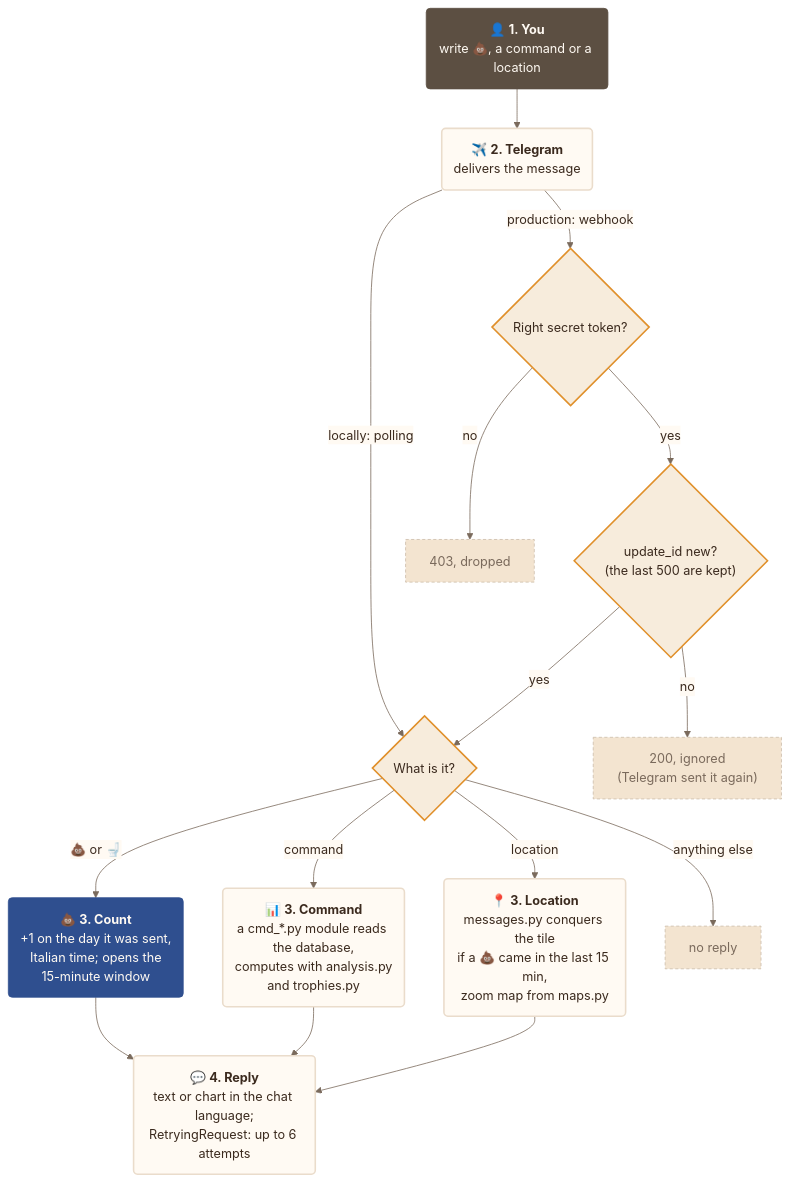
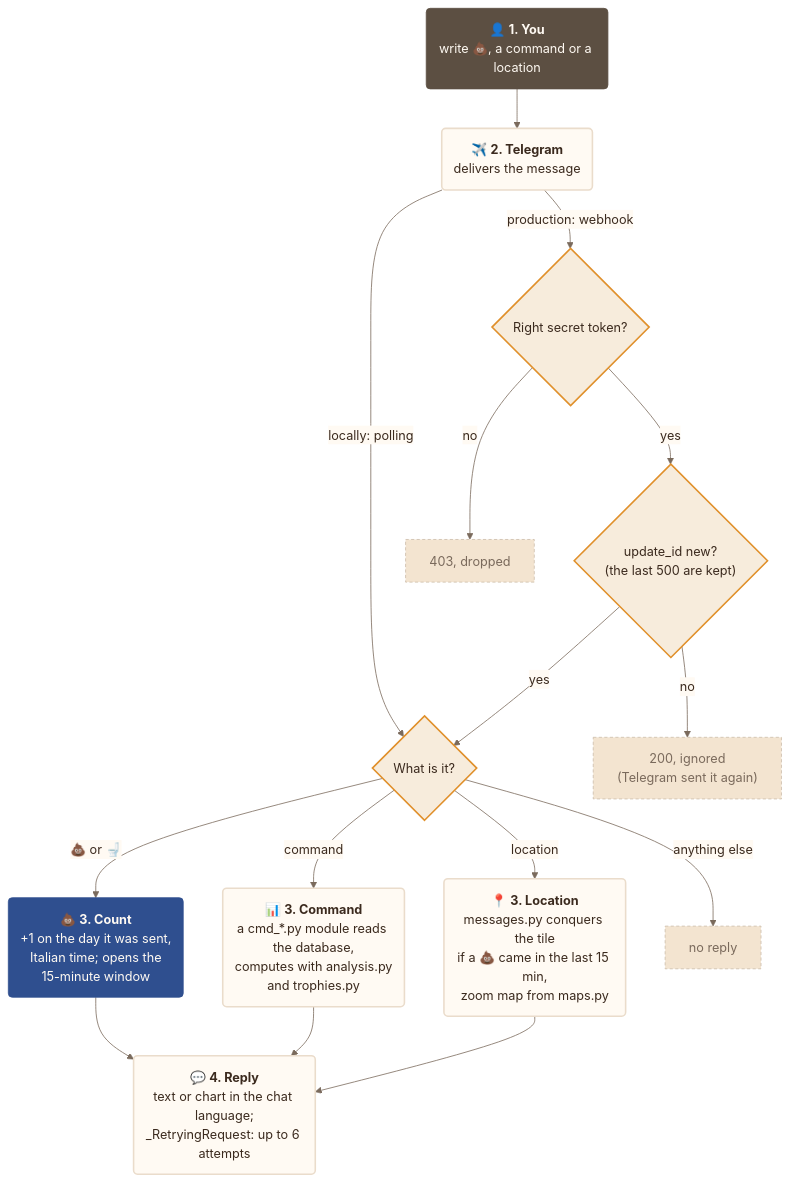
The fourth of 8 diagrams in docs/architecture.md (francescoperrino/Caccometro), drawn with Mermaid before and after one commit. The commit also changed other lines of this file and 36 other files, not shown here.

````diff
--- a/docs/architecture.md
+++ b/docs/architecture.md
@@ -364,72 +364,72 @@
 ```mermaid
 ---
 config:
   theme: base
   themeVariables:
     fontFamily: "Nunito, Segoe UI, Roboto, sans-serif"
     primaryColor: "#fffaf3"
     primaryTextColor: "#3b2a1e"
     primaryBorderColor: "#eadccb"
     secondaryColor: "#f7ecdc"
     tertiaryColor: "#f3e4d0"
     lineColor: "#7a6a5c"
     textColor: "#3b2a1e"
     edgeLabelBackground: "#fffaf3"
     clusterBkg: "#f3e4d0"
     clusterBorder: "#cbbca9"
     titleColor: "#5c4f42"
     noteBkgColor: "#f7ecdc"
     noteTextColor: "#3b2a1e"
     actorBkg: "#fffaf3"
     actorBorder: "#5c4f42"
     actorTextColor: "#3b2a1e"
     signalColor: "#7a6a5c"
     signalTextColor: "#3b2a1e"
     labelBoxBkgColor: "#f3e4d0"
     loopTextColor: "#3b2a1e"
     sequenceNumberColor: "#fffaf3"
     xyChart:
       plotColorPalette: "#2f4f8f"
 ---
 flowchart TD
     accTitle: Path of a message
     accDescr: From Telegram to the reply, secret token, duplicate check, then a count, a command or a location
     you("👤 <b>1. You</b><br/>write 💩, a command or a location")
     tg("✈️ <b>2. Telegram</b><br/>delivers the message")
     secret{"Right secret token?"}
     seen{"update_id new?<br/>(the last 500 are kept)"}
     kind{"What is it?"}
     poop("💩 <b>3. Count</b><br/>+1 on the day it was sent,<br/>Italian time; opens the<br/>15-minute window")
     cmd("📊 <b>3. Command</b><br/>a cmd_*.py module reads the database,<br/>computes with analysis.py<br/>and trophies.py")
     loc("📍 <b>3. Location</b><br/>messages.py conquers the tile<br/>if a 💩 came in the last 15 min,<br/>zoom map from maps.py")
-    reply("💬 <b>4. Reply</b><br/>text or chart in the chat language;<br/>RetryingRequest: up to 6 attempts")
+    reply("💬 <b>4. Reply</b><br/>text or chart in the chat language;<br/>_RetryingRequest: up to 6 attempts")
     r403["403, dropped"]
     r200["200, ignored<br/>(Telegram sent it again)"]
     silent["no reply"]
     you --> tg
     tg -->|"production: webhook"| secret
     tg -->|"locally: polling"| kind
     secret -->|"no"| r403
     secret -->|"yes"| seen
     seen -->|"no"| r200
     seen -->|"yes"| kind
     kind -->|"💩 or 🚽"| poop
     kind -->|"command"| cmd
     kind -->|"location"| loc
     kind -->|"anything else"| silent
     poop --> reply
     cmd --> reply
     loc --> reply
     classDef step fill:#fffaf3,stroke:#eadccb,stroke-width:2px,color:#3b2a1e
     classDef main fill:#2f4f8f,stroke:#2f4f8f,color:#fffaf3
     classDef person fill:#5c4f42,stroke:#5c4f42,color:#fffaf3
     classDef check fill:#f7ecdc,stroke:#e0902b,stroke-width:2px,color:#3b2a1e
     classDef detail fill:#f7ecdc,stroke:#eadccb,color:#3b2a1e
     classDef alert fill:#e0902b,stroke:#e0902b,color:#3b2a1e
     classDef stop fill:#f3e4d0,stroke:#cbbca9,stroke-dasharray:4 3,color:#7a6a5c
     class you person
     class tg,cmd,loc,reply step
     class poop main
     class secret,seen,kind check
     class r403,r200,silent stop
 ```
````
